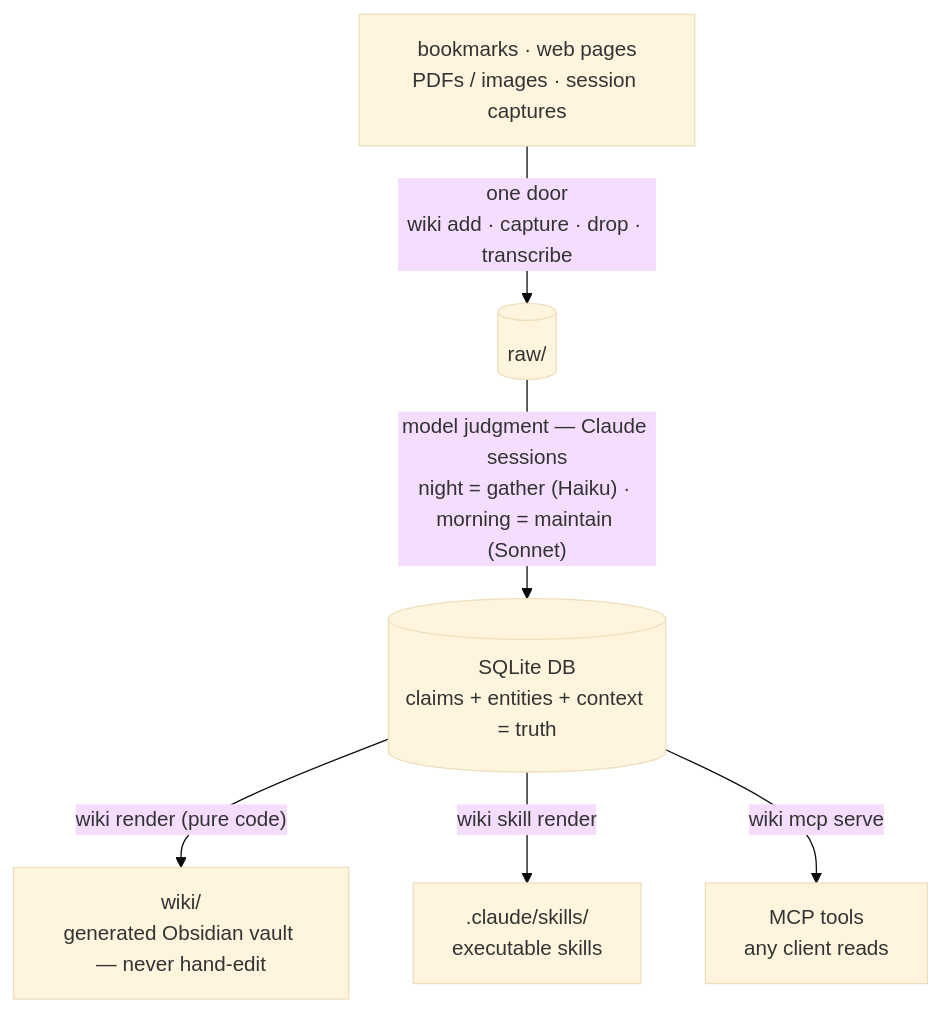
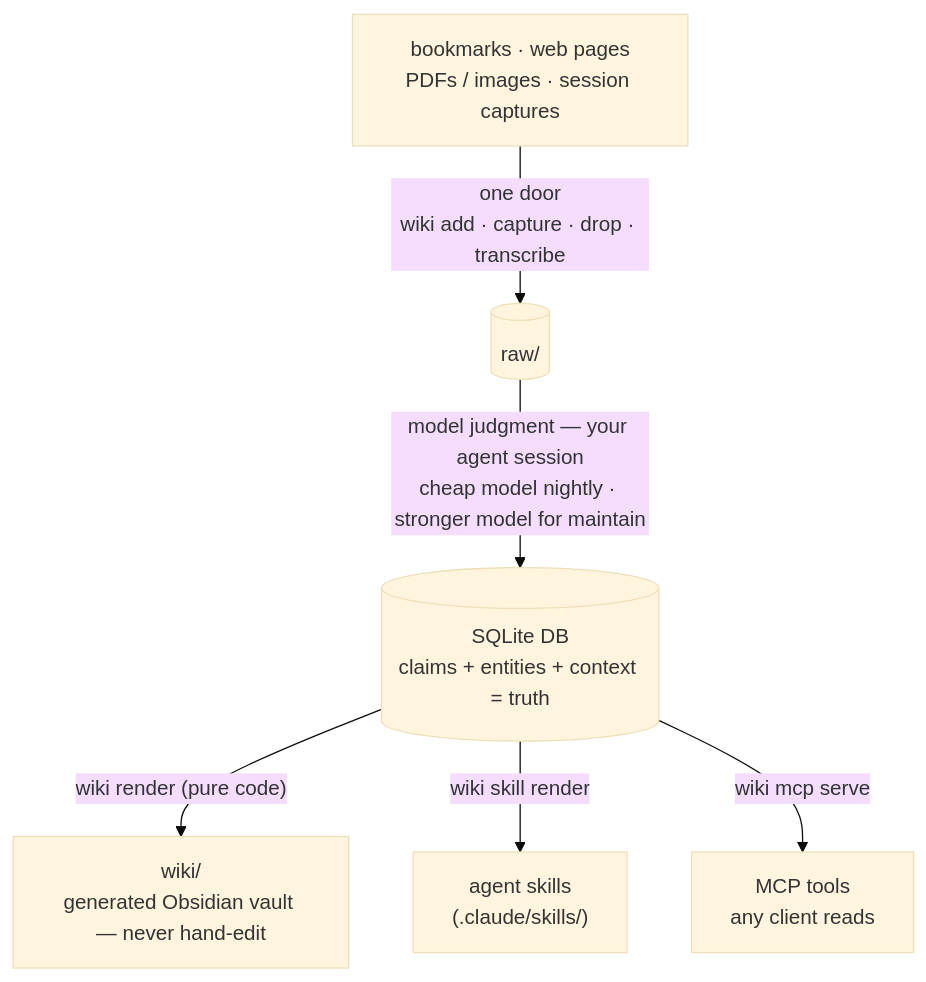
The second of 2 diagrams in README.md (Judgernaut777/BrainConnect), drawn with Mermaid (base theme) before and after one commit. The commit also changed other lines of this file, not shown here.

First line of the commit message:
docs(readme): make framing provider-neutral (MCP-first, not Claude-specific)

````diff
--- a/README.md
+++ b/README.md
@@ -24,9 +24,9 @@
 ```mermaid
 flowchart TB
     src["bookmarks · web pages<br/>PDFs / images · session captures"]
     src -->|"one door<br/>wiki add · capture · drop · transcribe"| raw[("raw/")]
-    raw -->|"model judgment — Claude sessions<br/>night = gather (Haiku) · morning = maintain (Sonnet)"| db[("SQLite DB<br/>claims + entities + context = truth")]
+    raw -->|"model judgment — your agent session<br/>cheap model nightly · stronger model for maintain"| db[("SQLite DB<br/>claims + entities + context = truth")]
     db -->|"wiki render (pure code)"| wiki["wiki/<br/>generated Obsidian vault — never hand-edit"]
-    db -->|"wiki skill render"| skills[".claude/skills/<br/>executable skills"]
+    db -->|"wiki skill render"| skills["agent skills<br/>(.claude/skills/)"]
     db -->|"wiki mcp serve"| mcp["MCP tools<br/>any client reads"]
 ```
````
